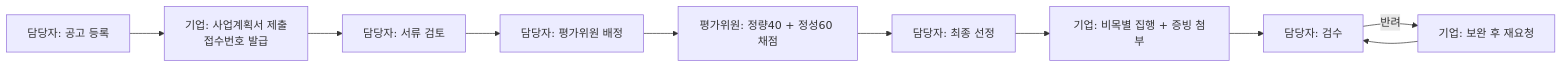
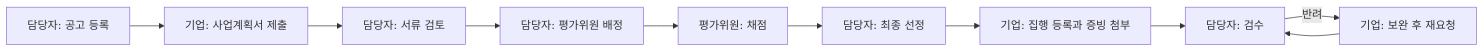
The diagram in README.md (gwangco/daegu-pms), drawn with Mermaid before and after one commit. The commit also changed other lines of this file and 1 other file, not shown here.

````diff
--- a/README.md
+++ b/README.md
@@ -55,12 +64,12 @@
 ```mermaid
 flowchart LR
-    A[담당자: 공고 등록] --> B[기업: 사업계획서 제출<br/>접수번호 발급]
+    A[담당자: 공고 등록] --> B[기업: 사업계획서 제출]
     B --> C[담당자: 서류 검토]
     C --> D[담당자: 평가위원 배정]
-    D --> E[평가위원: 정량40 + 정성60 채점]
+    D --> E[평가위원: 채점]
     E --> F[담당자: 최종 선정]
-    F --> G[기업: 비목별 집행 + 증빙 첨부]
+    F --> G[기업: 집행 등록과 증빙 첨부]
     G --> H[담당자: 검수]
     H -- 반려 --> I[기업: 보완 후 재요청]
     I --> H
 ```
````
